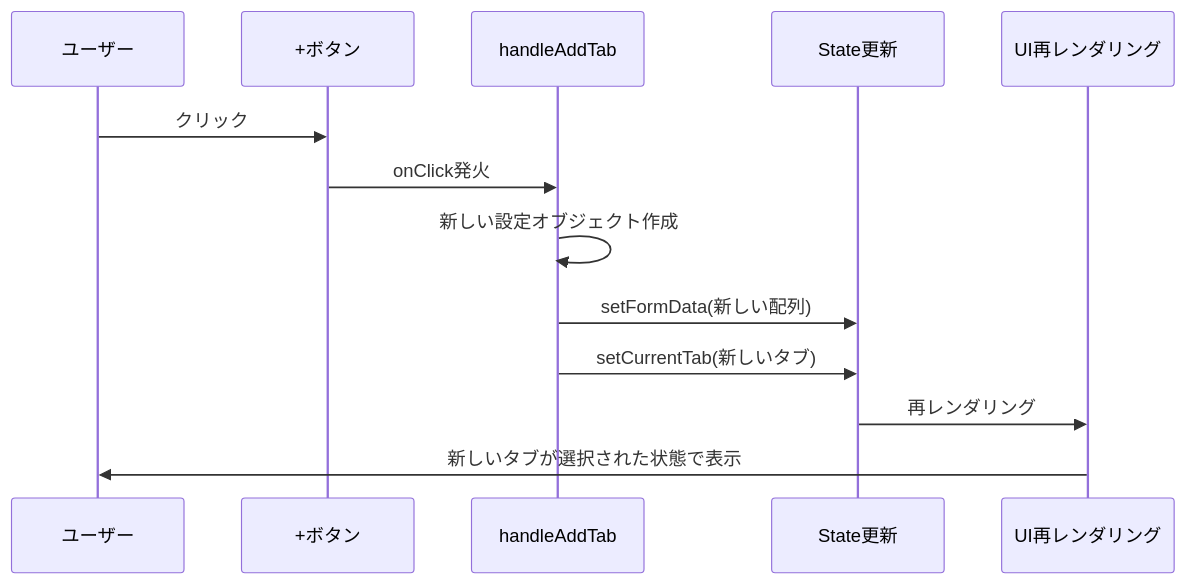
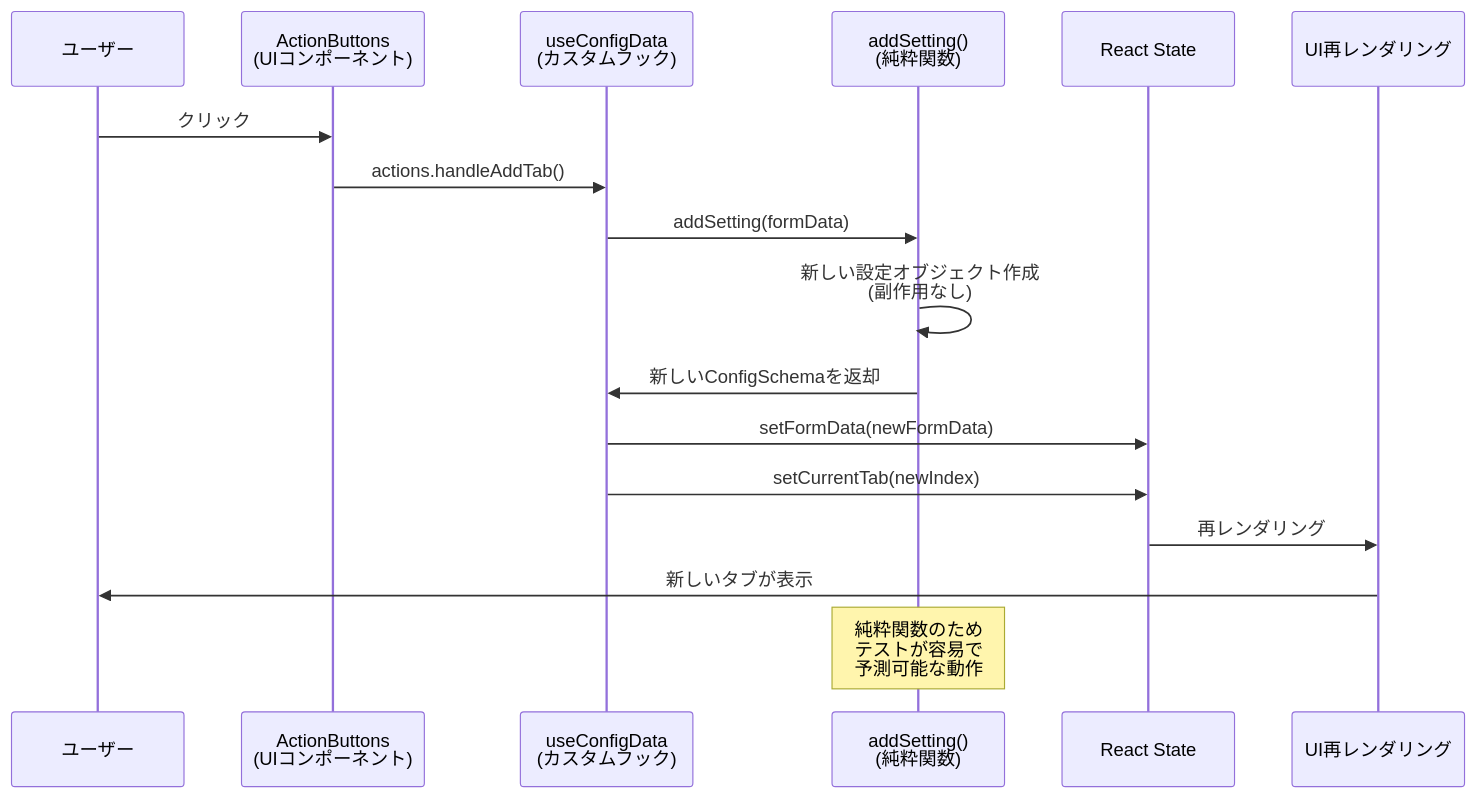
Before and after one commit to okayus/kintone-plugin-template: the second of 3 diagrams in docs/react-tabs-implementation.md, drawn with Mermaid. The commit also changed other lines of this file and 17 other files, not shown here.

First line of the commit message:
docs: update documentation to reflect refactored architecture

````diff
--- a/docs/react-tabs-implementation.md
+++ b/docs/react-tabs-implementation.md
@@ -82,16 +165,21 @@
 ```mermaid
 sequenceDiagram
     participant User as ユーザー
-    participant AddBtn as +ボタン
-    participant Handler as handleAddTab
-    participant State as State更新
+    participant AddBtn as ActionButtons<br/>(UIコンポーネント)
+    participant Hook as useConfigData<br/>(カスタムフック)
+    participant Pure as addSetting()<br/>(純粋関数)
+    participant State as React State
     participant UI as UI再レンダリング
     
     User->>AddBtn: クリック
-    AddBtn->>Handler: onClick発火
-    Handler->>Handler: 新しい設定オブジェクト作成
-    Handler->>State: setFormData(新しい配列)
-    Handler->>State: setCurrentTab(新しいタブ)
+    AddBtn->>Hook: actions.handleAddTab()
+    Hook->>Pure: addSetting(formData)
+    Pure->>Pure: 新しい設定オブジェクト作成<br/>(副作用なし)
+    Pure->>Hook: 新しいConfigSchemaを返却
+    Hook->>State: setFormData(newFormData)
+    Hook->>State: setCurrentTab(newIndex)
     State->>UI: 再レンダリング
-    UI->>User: 新しいタブが選択された状態で表示
+    UI->>User: 新しいタブが表示
+    
+    Note over Pure: 純粋関数のため<br/>テストが容易で<br/>予測可能な動作
 ```
````
